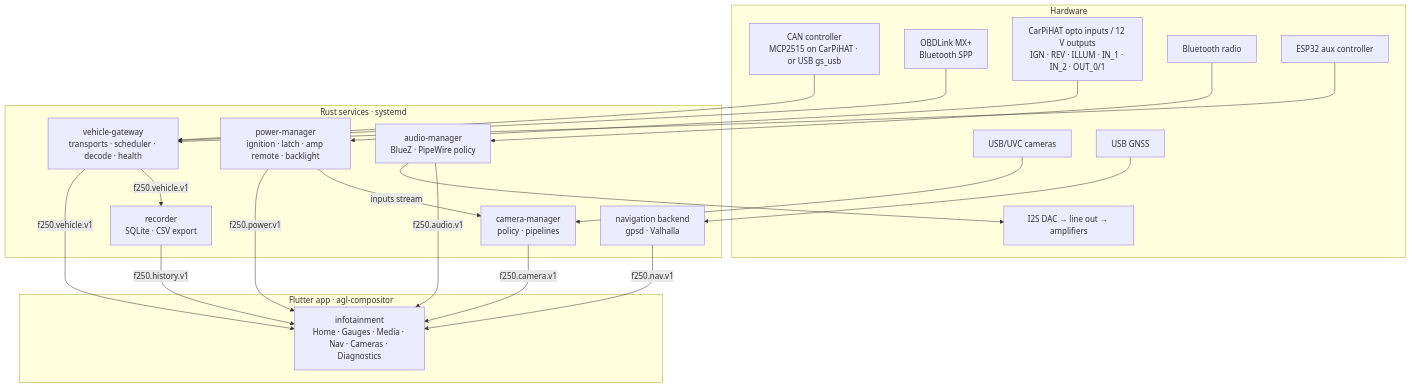
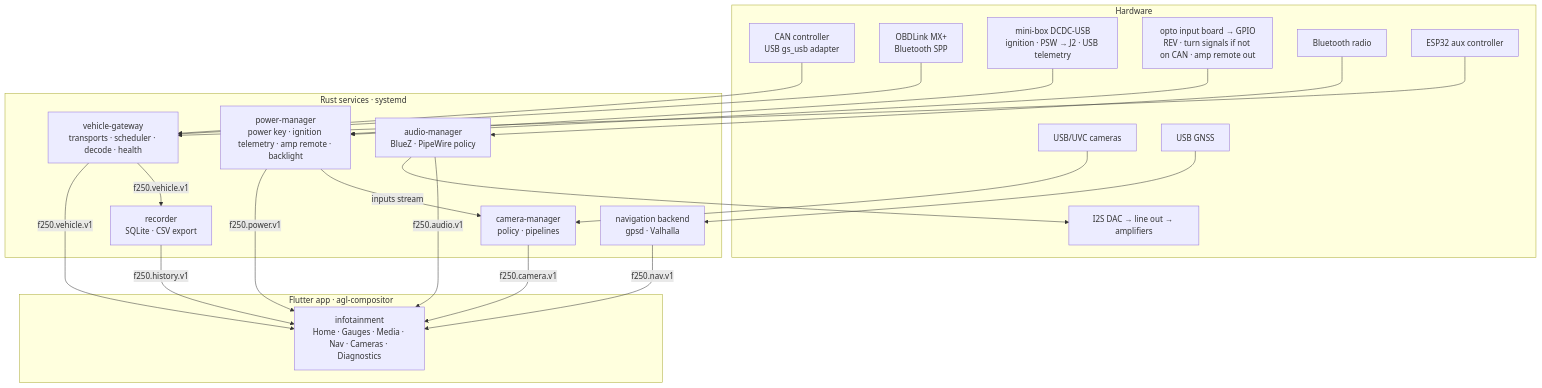
One commit to darickc/TruckDashboard changed the first of 3 diagrams in docs/architecture/overview.md. Above: the diagram before and after it, drawn with Mermaid. The commit also changed other lines of this file and 16 other files, not shown here.

First line of the commit message:
docs: power from a mini-box DCDC-USB; drop the CarPiHAT (ADR-0013)

````diff
--- a/docs/architecture/overview.md
+++ b/docs/architecture/overview.md
@@ -34,44 +35,46 @@
 ```mermaid
 flowchart TB
   subgraph HW[Hardware]
-    CAN[CAN controller<br/>MCP2515 on CarPiHAT · or USB gs_usb]
+    CAN[CAN controller<br/>USB gs_usb adapter]
     MX[OBDLink MX+<br/>Bluetooth SPP]
-    GPIO[CarPiHAT opto inputs / 12 V outputs<br/>IGN · REV · ILLUM · IN_1 · IN_2 · OUT_0/1]
+    PSU[mini-box DCDC-USB<br/>ignition · PSW → J2 · USB telemetry]
+    GPIO[opto input board → GPIO<br/>REV · turn signals if not on CAN · amp remote out]
     V4L[USB/UVC cameras]
     GNSS[USB GNSS]
     BT[Bluetooth radio]
     DAC[I2S DAC → line out → amplifiers]
     ESP[ESP32 aux controller]
   end
 
   subgraph SVC[Rust services · systemd]
     GW[vehicle-gateway<br/>transports · scheduler · decode · health]
     REC[recorder<br/>SQLite · CSV export]
-    PWR[power-manager<br/>ignition · latch · amp remote · backlight]
+    PWR[power-manager<br/>power key · ignition telemetry · amp remote · backlight]
     CAMM[camera-manager<br/>policy · pipelines]
     AUDM[audio-manager<br/>BlueZ · PipeWire policy]
     NAV[navigation backend<br/>gpsd · Valhalla]
   end
 
   subgraph APP[Flutter app · agl-compositor]
     UI[infotainment<br/>Home · Gauges · Media · Nav · Cameras · Diagnostics]
   end
 
   CAN --> GW
   MX --> GW
   ESP --> GW
   GPIO --> PWR
+  PSU --> PWR
   V4L --> CAMM
   GNSS --> NAV
   BT --> AUDM
   AUDM --> DAC
 
   GW -- f250.vehicle.v1 --> UI
   GW -- f250.vehicle.v1 --> REC
   PWR -- f250.power.v1 --> UI
   PWR -- inputs stream --> CAMM
   CAMM -- f250.camera.v1 --> UI
   AUDM -- f250.audio.v1 --> UI
   NAV -- f250.nav.v1 --> UI
   REC -- f250.history.v1 --> UI
 ```
````
